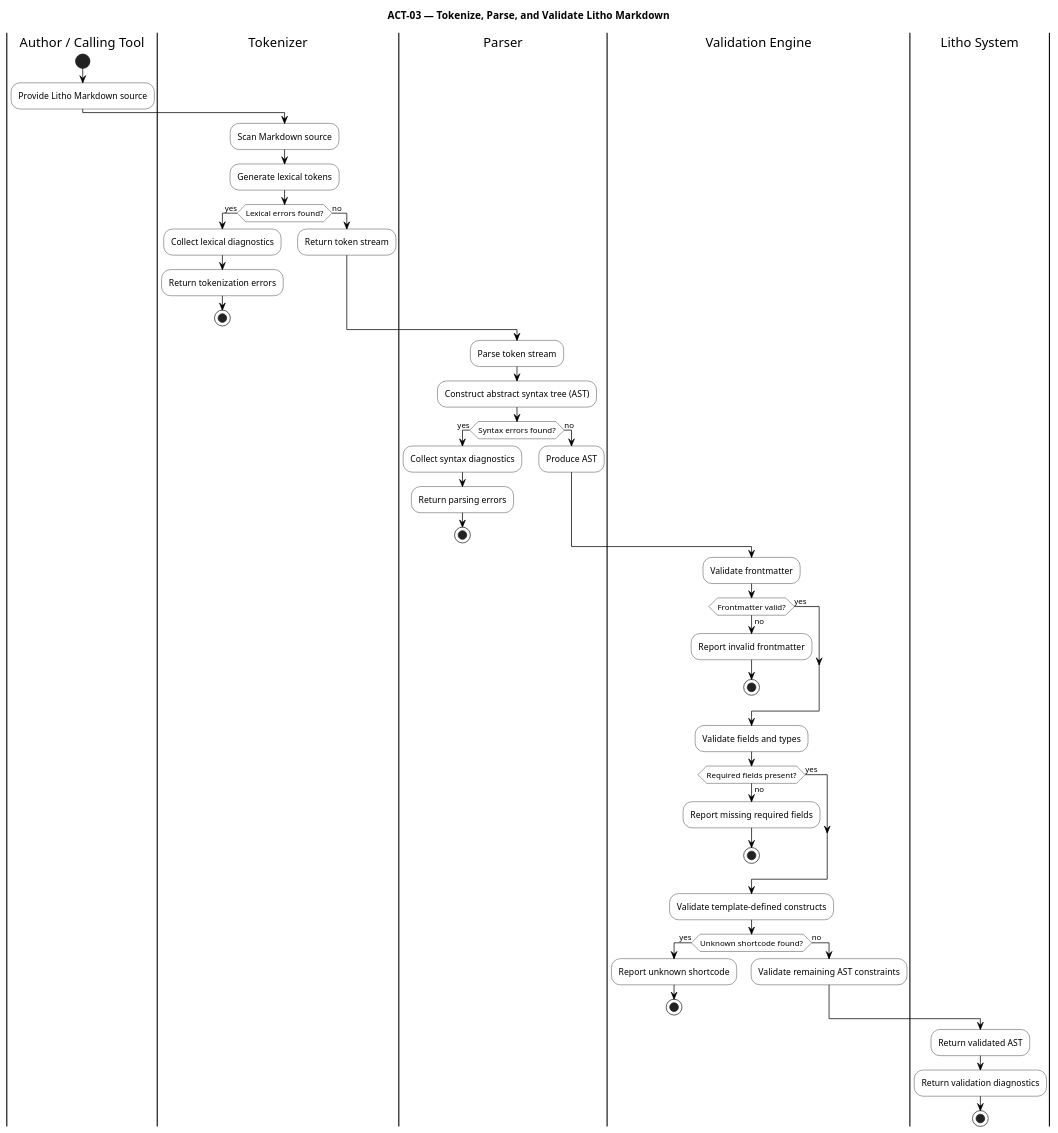
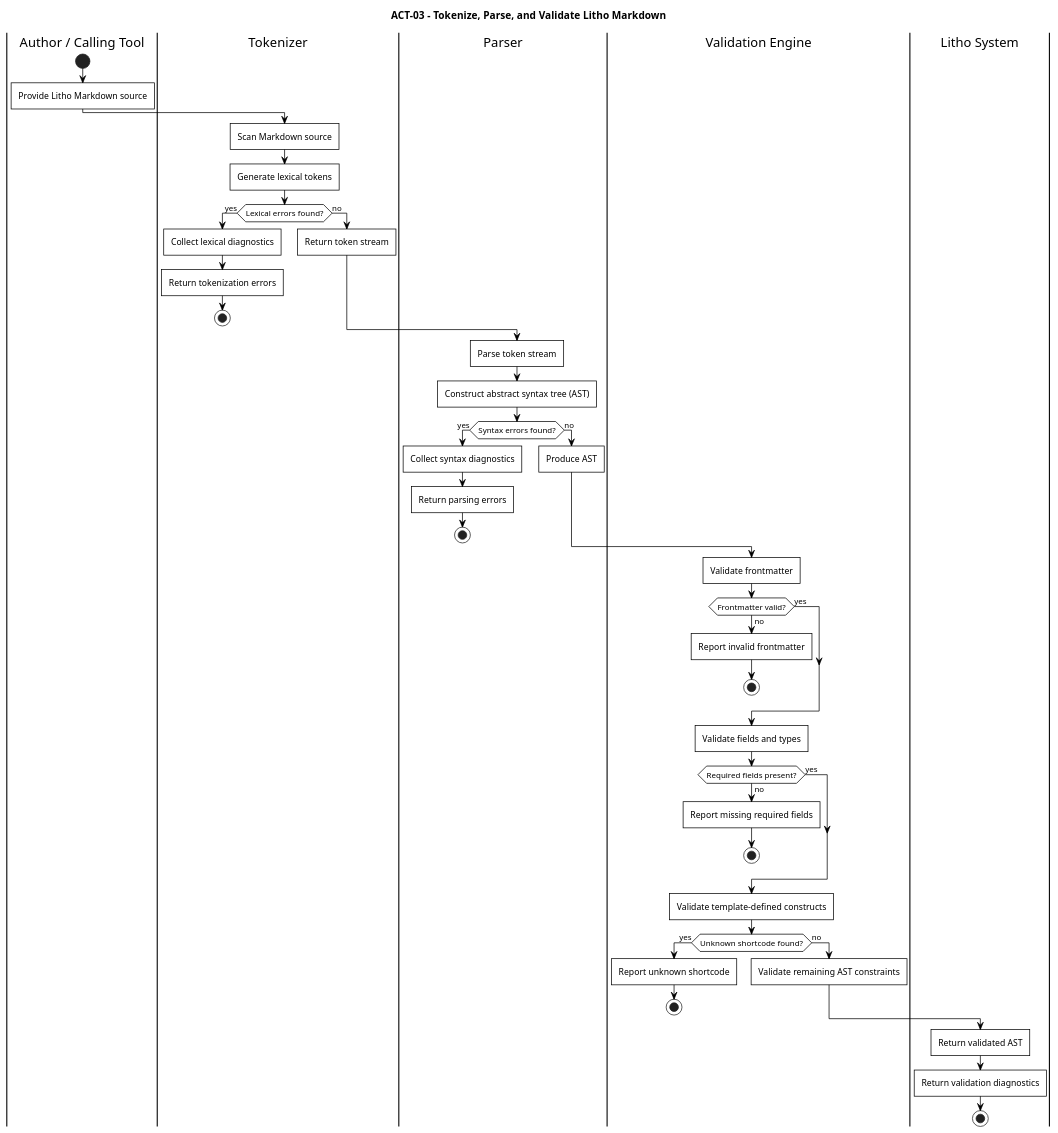
One commit to Litho-MD/uet-fyp-docs changed the diagram in diagrams/puml/activity/03-parse-validate.puml. Above: the diagram before and after it, drawn with PlantUML. The commit also changed 38 other files, not shown here.

Commit message:
fix(diagrams): add diamond merge loops to userflows, square borders to activities, and align security review text

```diff
--- a/diagrams/puml/activity/03-parse-validate.puml
+++ b/diagrams/puml/activity/03-parse-validate.puml
@@ -1,70 +1,73 @@
 @startuml
-title ACT-03 — Tokenize, Parse, and Validate Litho Markdown
+title ACT-03 - Tokenize, Parse, and Validate Litho Markdown
 
 skinparam monochrome true
 skinparam backgroundColor white
 skinparam shadowing false
+skinparam roundCorner 0
+skinparam defaultTextAlignment center
+skinparam activityBorderThickness 1
 skinparam activity {
     BackgroundColor white
     BorderColor black
     FontColor black
     DiamondBackgroundColor white
     DiamondBorderColor black
 }
 skinparam ArrowColor black
 skinparam defaultFontColor black
 
 |Author / Calling Tool|
 start
 :Provide Litho Markdown source;
 
 |Tokenizer|
 :Scan Markdown source;
 :Generate lexical tokens;
 if (Lexical errors found?) then (yes)
     :Collect lexical diagnostics;
     :Return tokenization errors;
     stop
 else (no)
     :Return token stream;
 endif
 
 |Parser|
 :Parse token stream;
 :Construct abstract syntax tree (AST);
 if (Syntax errors found?) then (yes)
     :Collect syntax diagnostics;
     :Return parsing errors;
     stop
 else (no)
     :Produce AST;
 endif
 
 |Validation Engine|
 :Validate frontmatter;
 if (Frontmatter valid?) then (yes)
 else (no)
     :Report invalid frontmatter;
     stop
 endif
 
 :Validate fields and types;
 if (Required fields present?) then (yes)
 else (no)
     :Report missing required fields;
     stop
 endif
 
 :Validate template-defined constructs;
 if (Unknown shortcode found?) then (yes)
     :Report unknown shortcode;
     stop
 else (no)
     :Validate remaining AST constraints;
 endif
 
 |Litho System|
 :Return validated AST;
 :Return validation diagnostics;
 stop
 @enduml
```
